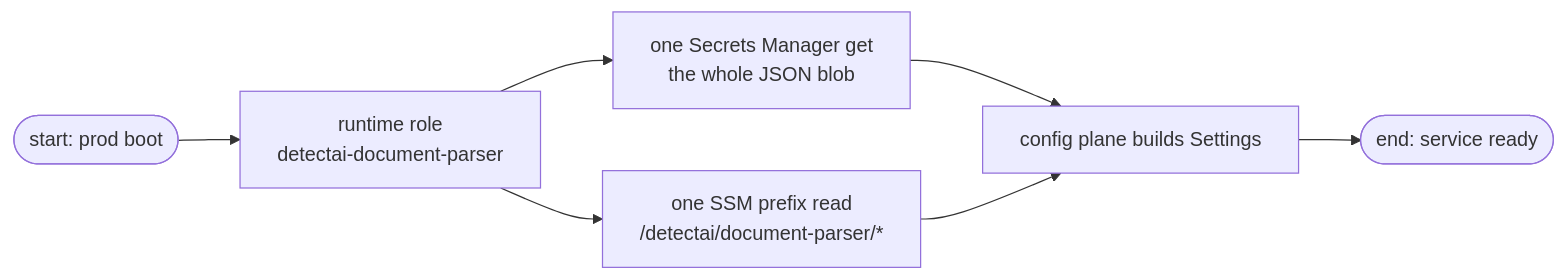
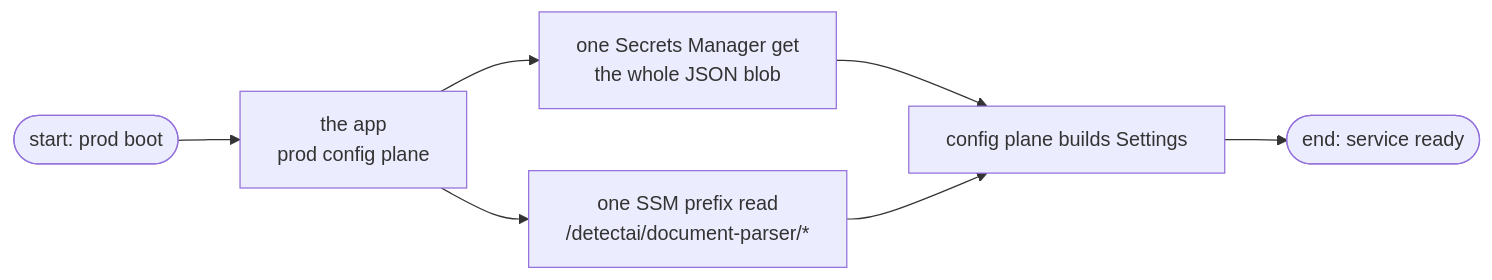
One commit to kunalPisolkar24/detectAI changed the first of 3 diagrams in services/document-parser/docs/guides/infrastructure.md. Above: the diagram before and after it, drawn with Mermaid. The commit also changed other lines of this file and 17 other files, not shown here.

Commit message:
Move document-parser seeding credentials out of terraform into an out-of-stack seeder role

````diff
--- a/services/document-parser/docs/guides/infrastructure.md
+++ b/services/document-parser/docs/guides/infrastructure.md
@@ -17,9 +16,9 @@
 ```mermaid
 graph LR
-    START(["start: prod boot"]) --> ROLE["runtime role<br/>detectai-document-parser"]
-    ROLE --> SEC["one Secrets Manager get<br/>the whole JSON blob"]
-    ROLE --> SSM["one SSM prefix read<br/>/detectai/document-parser/*"]
+    START(["start: prod boot"]) --> APP["the app<br/>prod config plane"]
+    APP --> SEC["one Secrets Manager get<br/>the whole JSON blob"]
+    APP --> SSM["one SSM prefix read<br/>/detectai/document-parser/*"]
     SEC --> LOCK["config plane builds Settings"]
     SSM --> LOCK
     LOCK --> END(["end: service ready"])
 ```
````
